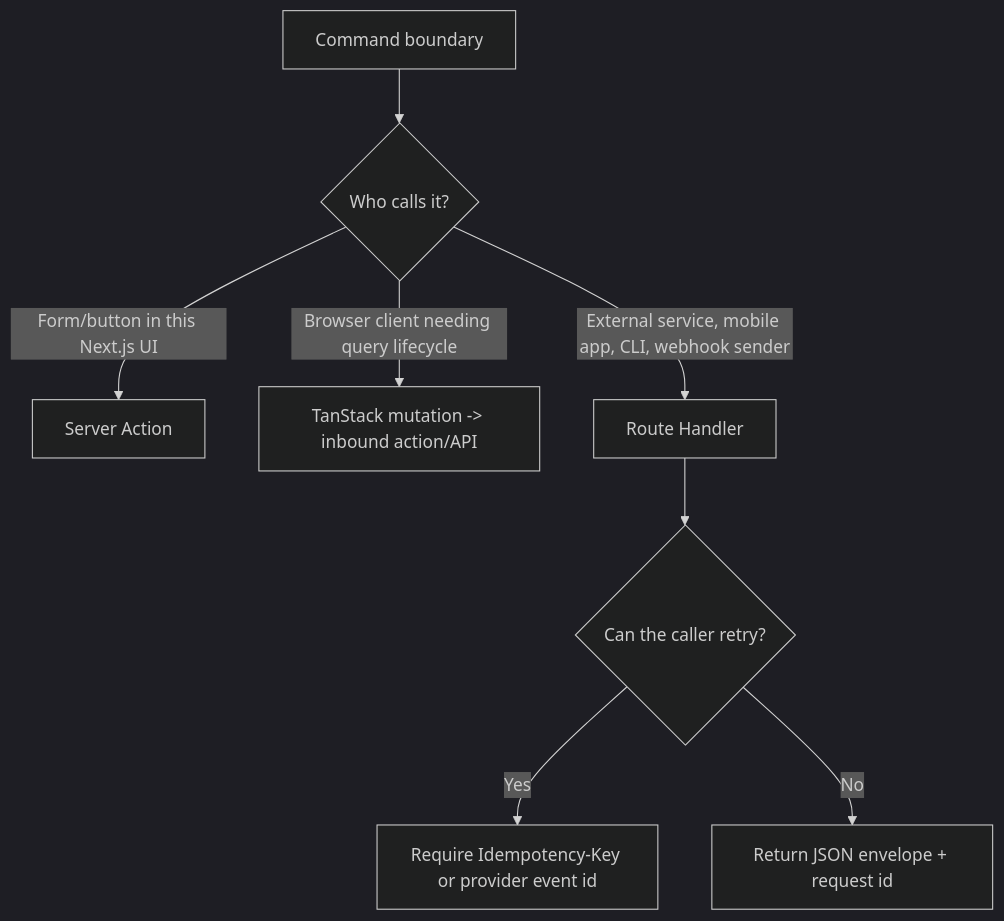
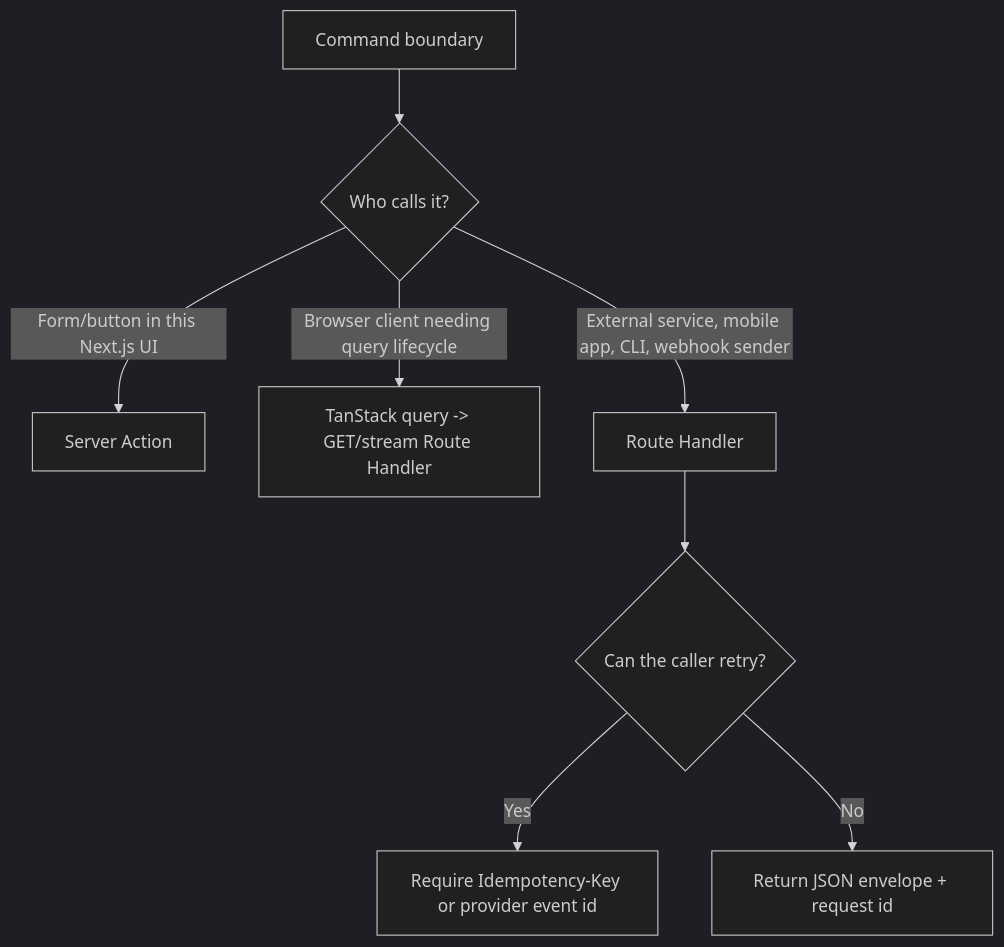
One commit to clicktronix/nextjs-clean-skills changed the third of 4 diagrams in docs/agent-decision-maps.md. Above: the diagram before and after it, drawn with Mermaid (dark theme). The commit also changed other lines of this file and 25 other files, not shown here.

````diff
--- a/docs/agent-decision-maps.md
+++ b/docs/agent-decision-maps.md
@@ -55,10 +55,10 @@
 ```mermaid
 flowchart TD
   Command["Command boundary"] --> Caller{"Who calls it?"}
   Caller -->|Form/button in this Next.js UI| Action["Server Action"]
-  Caller -->|Browser client needing query lifecycle| ServerState["TanStack mutation -> inbound action/API"]
+  Caller -->|Browser client needing query lifecycle| ServerState["TanStack query -> GET/stream Route Handler"]
   Caller -->|External service, mobile app, CLI, webhook sender| Route["Route Handler"]
   Route --> Retry{"Can the caller retry?"}
   Retry -->|Yes| Idempotency["Require Idempotency-Key or provider event id"]
   Retry -->|No| Envelope["Return JSON envelope + request id"]
 ```
````
